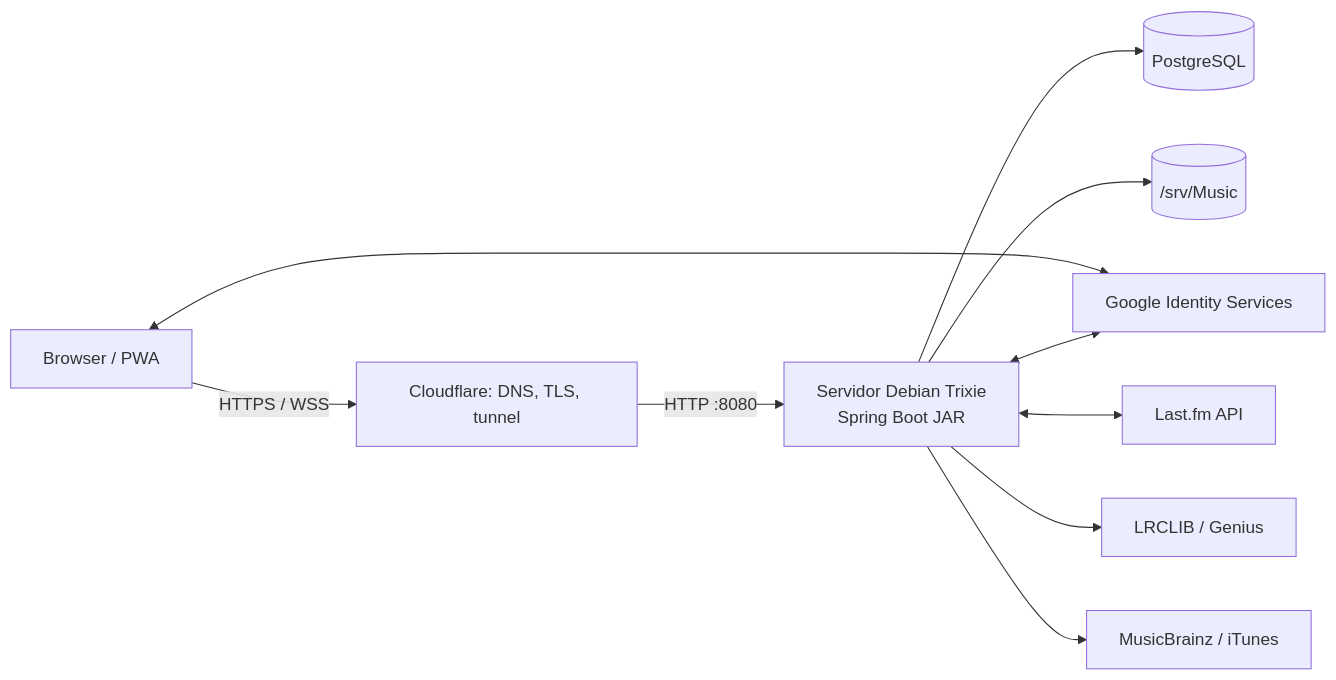
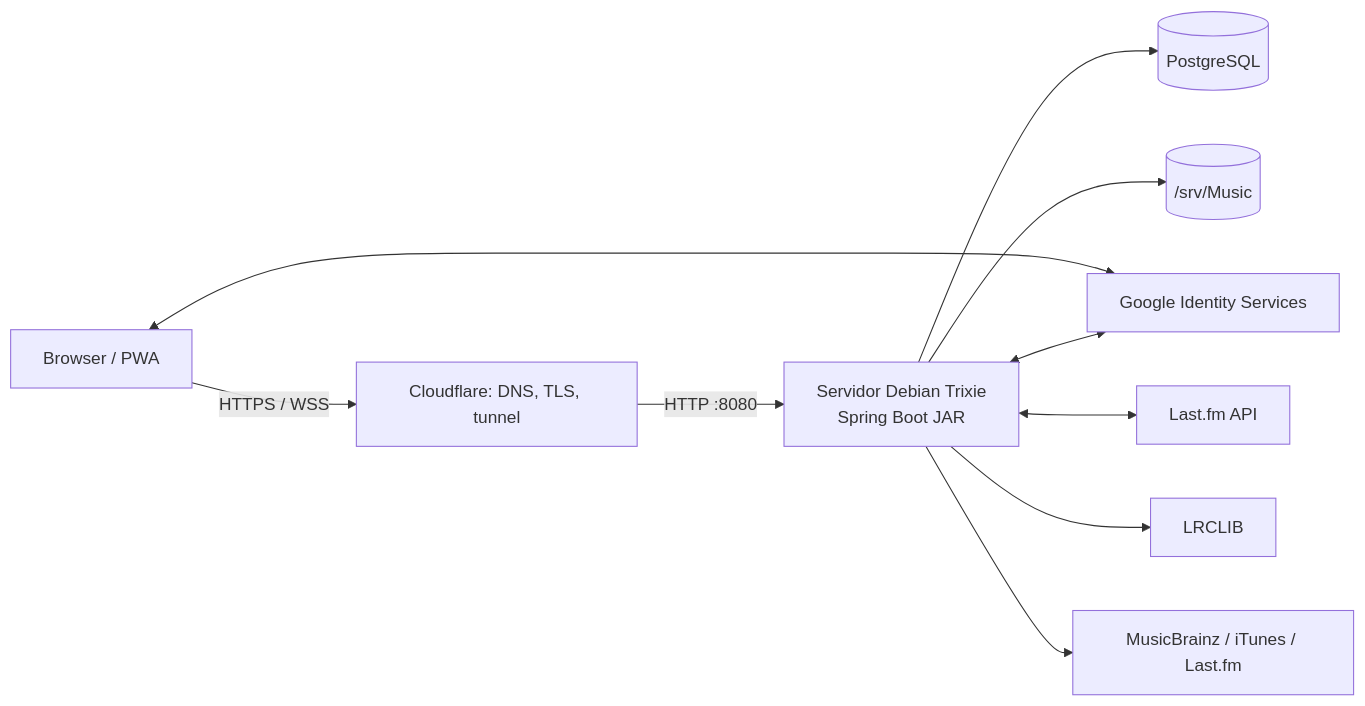
One commit to FepDev25/neonvibe changed the first of 7 diagrams in docs/ARCHITECTURE.md. Above: the diagram before and after it, drawn with Mermaid. The commit also changed other lines of this file and 9 other files, not shown here.

````diff
--- a/docs/ARCHITECTURE.md
+++ b/docs/ARCHITECTURE.md
@@ -20,22 +20,22 @@
 ```mermaid
 flowchart LR
     Browser[Browser / PWA]
     CF[Cloudflare: DNS, TLS, tunnel]
     Server[Servidor Debian Trixie<br/>Spring Boot JAR]
     DB[(PostgreSQL)]
     Music[(/srv/Music)]
     GIS[Google Identity Services]
     LastFM[Last.fm API]
-    LRC[LRCLIB / Genius]
-    Covers[MusicBrainz / iTunes]
+    LRC[LRCLIB]
+    Covers[MusicBrainz / iTunes / Last.fm]
 
     Browser -->|HTTPS / WSS| CF
     CF -->|HTTP :8080| Server
     Server --> DB
     Server --> Music
     Browser <--> GIS
     Server <--> GIS
     Server <--> LastFM
     Server --> LRC
     Server --> Covers
 ```
````
